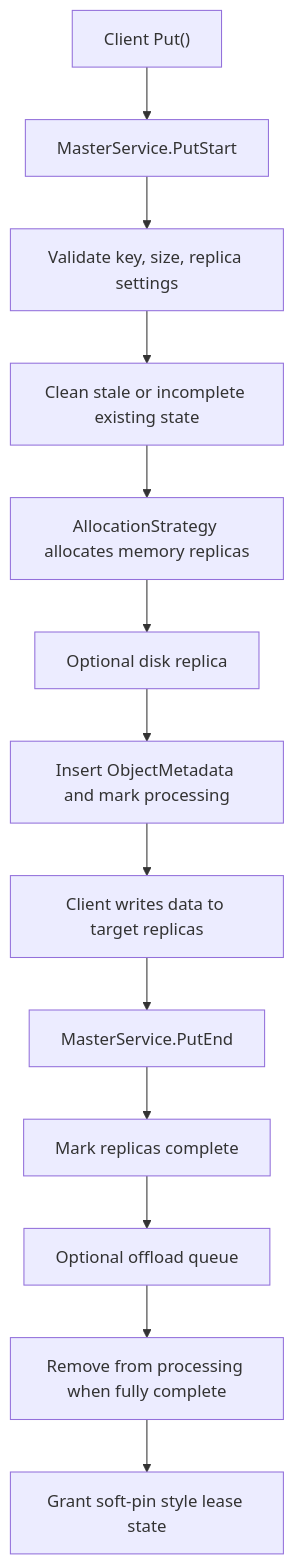
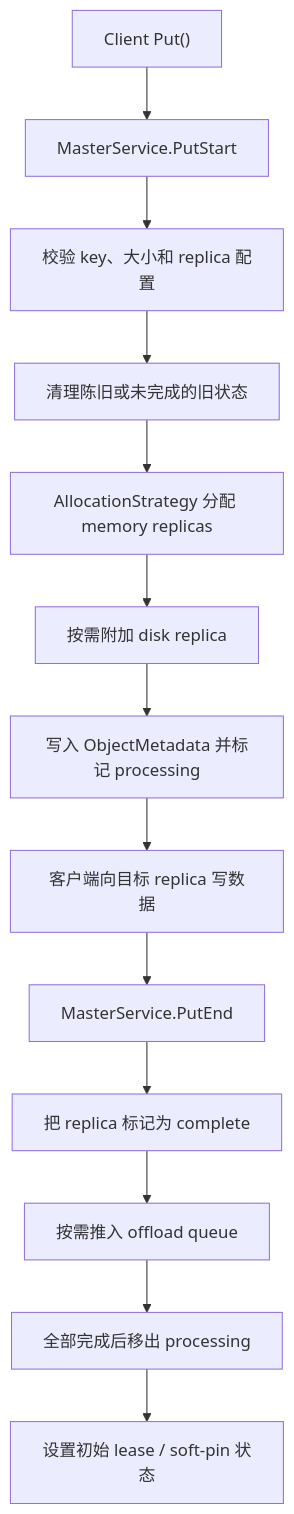
The third of 3 diagrams in docs/mooncake-analysis.md (bigboywwn/AI_coding), drawn with Mermaid before and after one commit. The commit also changed other lines of this file and 3 other files, not shown here.

````diff
--- a/docs/mooncake-analysis.md
+++ b/docs/mooncake-analysis.md
@@ -167,15 +167,15 @@
 ```mermaid
 flowchart TD
   A["Client Put()"] --> B["MasterService.PutStart"]
-  B --> C["Validate key, size, replica settings"]
-  C --> D["Clean stale or incomplete existing state"]
-  D --> E["AllocationStrategy allocates memory replicas"]
-  E --> F["Optional disk replica"]
-  F --> G["Insert ObjectMetadata and mark processing"]
-  G --> H["Client writes data to target replicas"]
+  B --> C["校验 key、大小和 replica 配置"]
+  C --> D["清理陈旧或未完成的旧状态"]
+  D --> E["AllocationStrategy 分配 memory replicas"]
+  E --> F["按需附加 disk replica"]
+  F --> G["写入 ObjectMetadata 并标记 processing"]
+  G --> H["客户端向目标 replica 写数据"]
   H --> I["MasterService.PutEnd"]
-  I --> J["Mark replicas complete"]
-  J --> K["Optional offload queue"]
-  K --> L["Remove from processing when fully complete"]
-  L --> M["Grant soft-pin style lease state"]
+  I --> J["把 replica 标记为 complete"]
+  J --> K["按需推入 offload queue"]
+  K --> L["全部完成后移出 processing"]
+  L --> M["设置初始 lease / soft-pin 状态"]
 ```
````
